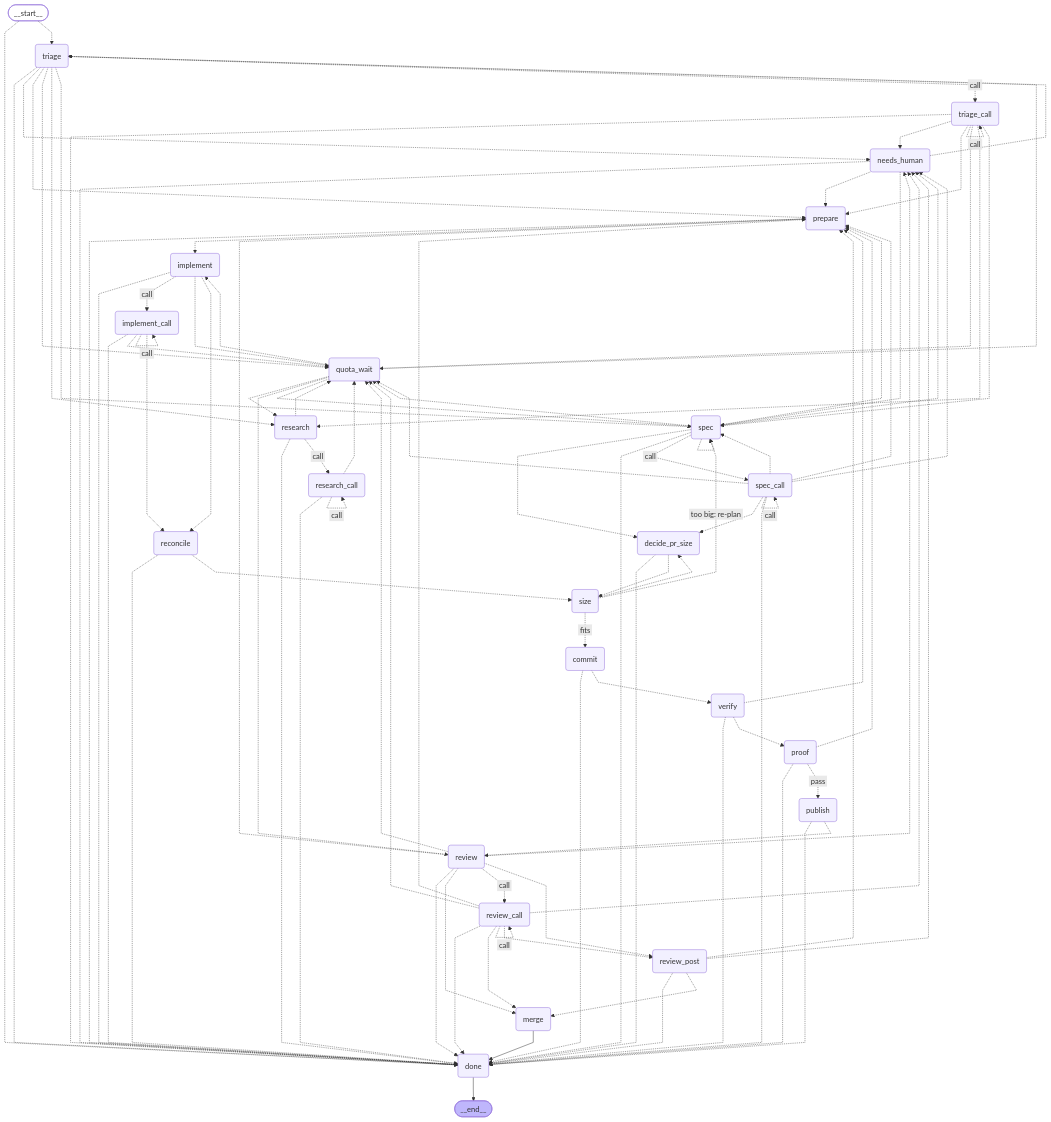
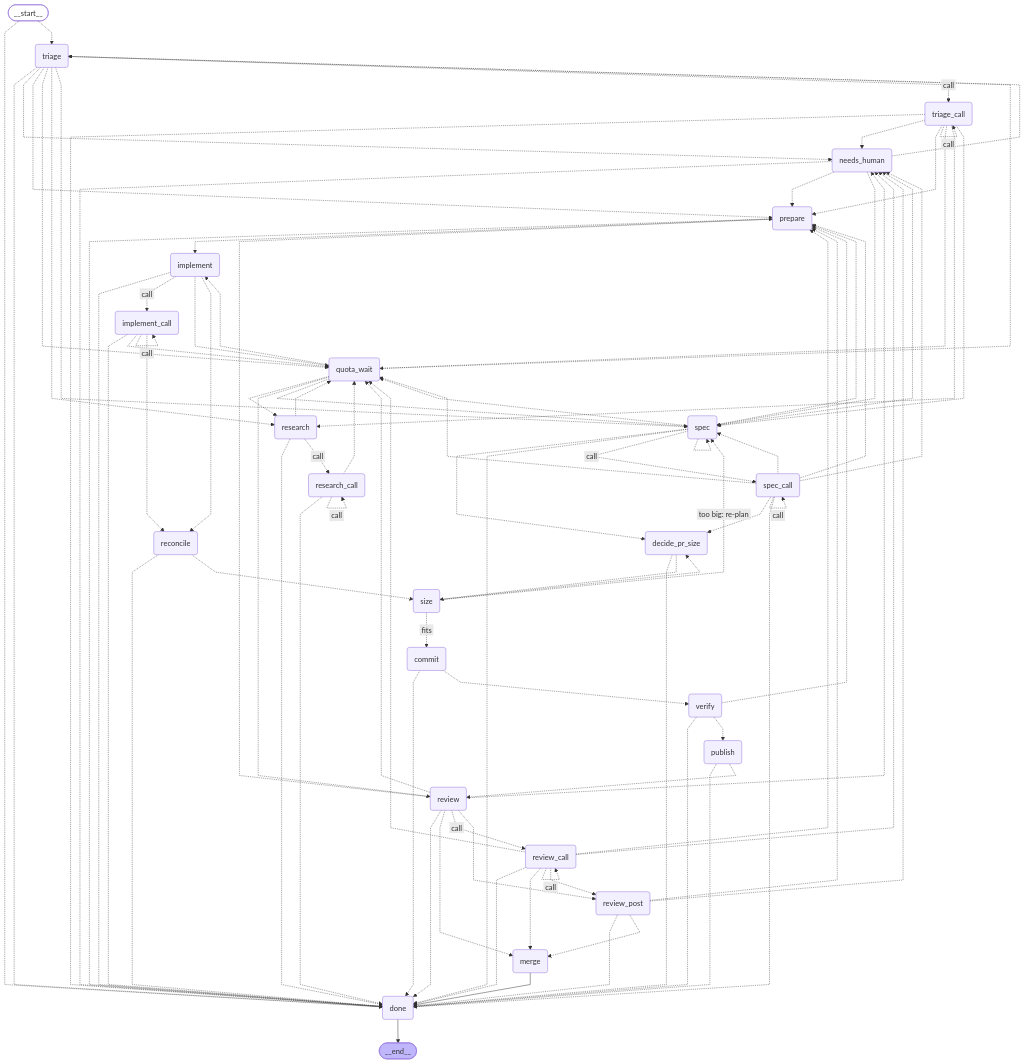
The diagram in docs/graph/delivery.mmd (bookout-labs/tools), drawn with Mermaid before and after one commit. The commit also changed 54 other files, not shown here.

```diff
--- a/docs/graph/delivery.mmd
+++ b/docs/graph/delivery.mmd
@@ -1,126 +1,122 @@
 ---
 config:
   flowchart:
     curve: linear
 ---
 graph TD;
 	__start__([<p>__start__</p>]):::first
 	triage(triage)
 	triage_call(triage_call)
 	research(research)
 	research_call(research_call)
 	spec(spec)
 	spec_call(spec_call)
 	implement(implement)
 	implement_call(implement_call)
 	review(review)
 	review_call(review_call)
 	verify(verify)
 	prepare(prepare)
 	reconcile(reconcile)
 	size(size)
 	commit(commit)
 	publish(publish)
-	proof(proof)
 	review_post(review_post)
 	needs_human(needs_human)
 	quota_wait(quota_wait)
 	decide_pr_size(decide_pr_size)
 	merge(merge)
 	done(done)
 	__end__([<p>__end__</p>]):::last
 	__start__ -.-> done;
 	__start__ -.-> triage;
 	commit -.-> done;
 	commit -.-> verify;
 	decide_pr_size -.-> done;
 	decide_pr_size -.-> size;
 	implement -.-> done;
 	implement -. &nbsp;call&nbsp; .-> implement_call;
 	implement -.-> quota_wait;
 	implement -.-> reconcile;
 	implement_call -.-> done;
 	implement_call -.-> quota_wait;
 	implement_call -.-> reconcile;
 	merge --> done;
 	needs_human -.-> done;
 	needs_human -.-> prepare;
 	needs_human -.-> spec;
 	needs_human -.-> triage;
 	prepare -.-> done;
 	prepare -.-> implement;
-	proof -.-> done;
-	proof -.-> prepare;
-	proof -. &nbsp;pass&nbsp; .-> publish;
 	publish -.-> done;
 	publish -.-> review;
 	quota_wait -.-> implement;
 	quota_wait -.-> research;
 	quota_wait -.-> review;
 	quota_wait -.-> spec;
 	quota_wait -.-> triage;
 	reconcile -.-> done;
 	reconcile -.-> size;
 	research -.-> done;
 	research -.-> quota_wait;
 	research -. &nbsp;call&nbsp; .-> research_call;
 	research_call -.-> done;
 	research_call -.-> quota_wait;
 	review -.-> done;
 	review -.-> merge;
 	review -.-> needs_human;
 	review -.-> prepare;
 	review -.-> quota_wait;
 	review -. &nbsp;call&nbsp; .-> review_call;
 	review -.-> review_post;
 	review_call -.-> done;
 	review_call -.-> merge;
 	review_call -.-> needs_human;
 	review_call -.-> prepare;
 	review_call -.-> quota_wait;
 	review_call -.-> review_post;
 	review_post -.-> done;
 	review_post -.-> merge;
 	review_post -.-> needs_human;
 	review_post -.-> prepare;
 	size -. &nbsp;fits&nbsp; .-> commit;
 	size -.-> decide_pr_size;
 	size -. &nbsp;too big: re-plan&nbsp; .-> spec;
 	spec -.-> decide_pr_size;
 	spec -.-> done;
 	spec -.-> needs_human;
 	spec -.-> prepare;
 	spec -.-> quota_wait;
 	spec -. &nbsp;call&nbsp; .-> spec_call;
 	spec_call -.-> decide_pr_size;
 	spec_call -.-> done;
 	spec_call -.-> needs_human;
 	spec_call -.-> prepare;
 	spec_call -.-> quota_wait;
 	spec_call -.-> spec;
 	triage -.-> done;
 	triage -.-> needs_human;
 	triage -.-> prepare;
 	triage -.-> quota_wait;
 	triage -.-> research;
 	triage -.-> spec;
 	triage -. &nbsp;call&nbsp; .-> triage_call;
 	triage_call -.-> done;
 	triage_call -.-> needs_human;
 	triage_call -.-> prepare;
 	triage_call -.-> quota_wait;
 	triage_call -.-> research;
 	triage_call -.-> spec;
 	verify -.-> done;
 	verify -.-> prepare;
-	verify -.-> proof;
+	verify -.-> publish;
 	done --> __end__;
 	implement_call -. &nbsp;call&nbsp; .-> implement_call;
 	research_call -. &nbsp;call&nbsp; .-> research_call;
 	review_call -. &nbsp;call&nbsp; .-> review_call;
 	spec -.-> spec;
 	spec_call -. &nbsp;call&nbsp; .-> spec_call;
 	triage_call -. &nbsp;call&nbsp; .-> triage_call;
 	classDef default fill:#f2f0ff,line-height:1.2
 	classDef first fill-opacity:0
 	classDef last fill:#bfb6fc
```
